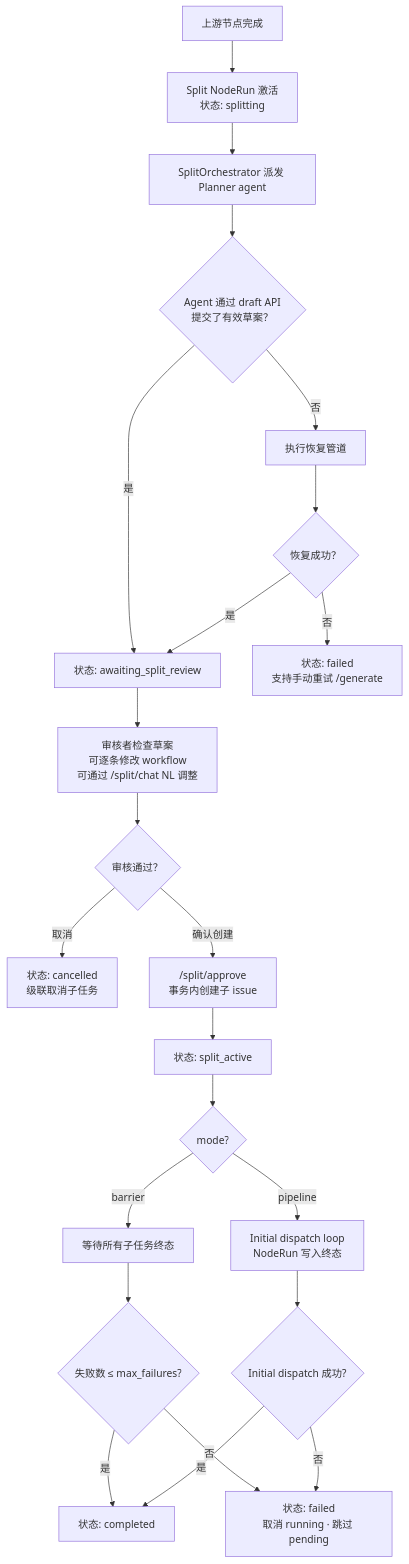
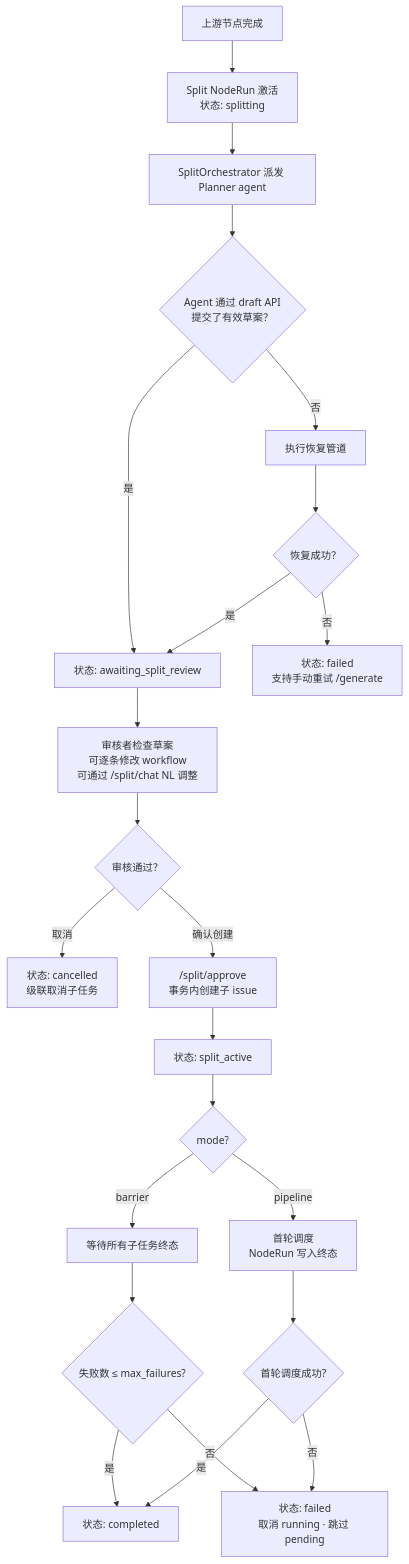
Before and after one commit to mini2s/mini-cloud: the fourth of 5 diagrams in docs/superpowers/specs/dynamic-task-splitting-design.md, drawn with Mermaid. The commit also changed other lines of this file and 1 other file, not shown here.

````diff
--- a/docs/superpowers/specs/dynamic-task-splitting-design.md
+++ b/docs/superpowers/specs/dynamic-task-splitting-design.md
@@ -190,25 +190,25 @@
 ```mermaid
 flowchart TD
     A["上游节点完成"] --> B["Split NodeRun 激活<br/>状态: splitting"]
     B --> C["SplitOrchestrator 派发 Planner agent"]
     C --> D{"Agent 通过 draft API<br/>提交了有效草案？"}
     D -->|是| G["状态: awaiting_split_review"]
     D -->|否| E["执行恢复管道"]
     E --> F{"恢复成功？"}
     F -->|是| G
     F -->|否| X1["状态: failed<br/>支持手动重试 /generate"]
     G --> H["审核者检查草案<br/>可逐条修改 workflow<br/>可通过 /split/chat NL 调整"]
     H --> I{"审核通过？"}
     I -->|取消| X2["状态: cancelled<br/>级联取消子任务"]
     I -->|确认创建| J["/split/approve<br/>事务内创建子 issue"]
     J --> K["状态: split_active"]
     K --> L{"mode?"}
     L -->|barrier| M["等待所有子任务终态"]
-    L -->|pipeline| N["Initial dispatch loop<br/>NodeRun 写入终态"]
+    L -->|pipeline| N["首轮调度<br/>NodeRun 写入终态"]
     M --> O{"失败数 ≤ max_failures?"}
     O -->|是| P["状态: completed"]
     O -->|否| X3["状态: failed<br/>取消 running · 跳过 pending"]
-    N --> Q{"Initial dispatch 成功?"}
+    N --> Q{"首轮调度成功?"}
     Q -->|是| P
     Q -->|否| X3
 ```
````
